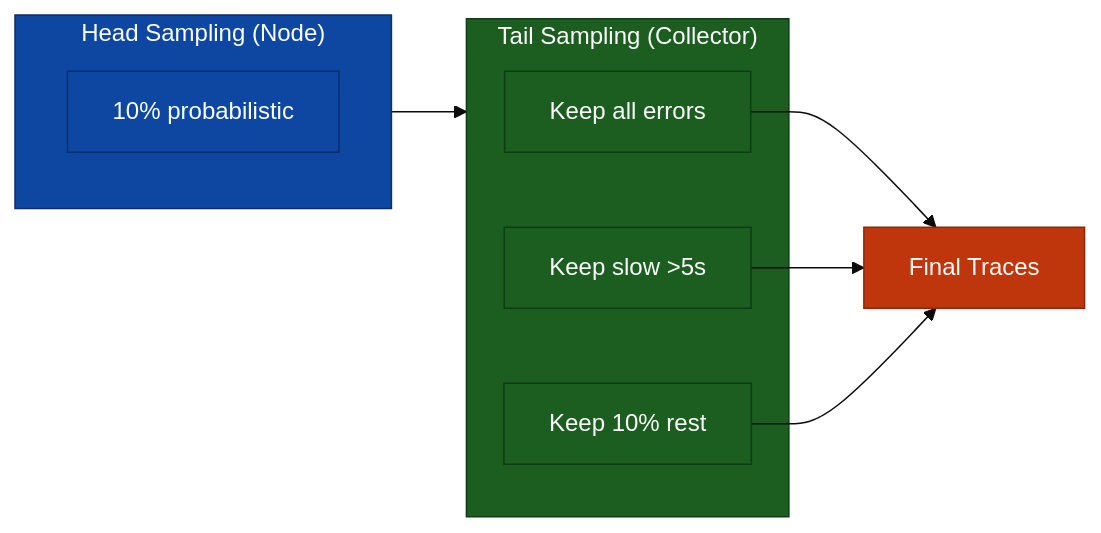
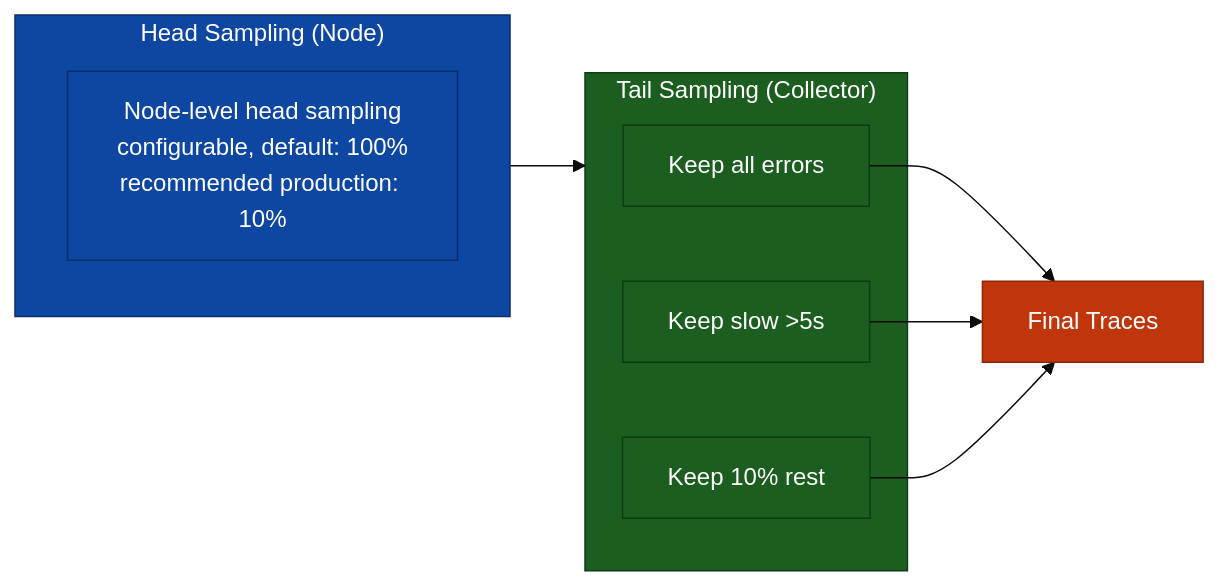
One commit to XRPLF/rippled changed the third of 4 diagrams in OpenTelemetryPlan/07-observability-backends.md. Above: the diagram before and after it, drawn with Mermaid (base theme). The commit also changed other lines of this file and 12 other files, not shown here.

````diff
--- a/OpenTelemetryPlan/07-observability-backends.md
+++ b/OpenTelemetryPlan/07-observability-backends.md
@@ -147,26 +171,26 @@
 ```mermaid
 flowchart LR
     subgraph head["Head Sampling (Node)"]
-        hs[10% probabilistic]
+        hs[Node-level head sampling<br/>configurable, default: 100%<br/>recommended production: 10%]
     end
 
     subgraph tail["Tail Sampling (Collector)"]
         ts1[Keep all errors]
         ts2[Keep slow >5s]
         ts3[Keep 10% rest]
     end
 
     head --> tail
 
     ts1 --> final[Final Traces]
     ts2 --> final
     ts3 --> final
 
     style head fill:#0d47a1,stroke:#082f6a,color:#fff
     style tail fill:#1b5e20,stroke:#0d3d14,color:#fff
     style hs fill:#0d47a1,stroke:#082f6a,color:#fff
     style ts1 fill:#1b5e20,stroke:#0d3d14,color:#fff
     style ts2 fill:#1b5e20,stroke:#0d3d14,color:#fff
     style ts3 fill:#1b5e20,stroke:#0d3d14,color:#fff
     style final fill:#bf360c,stroke:#8c2809,color:#fff
 ```
````
